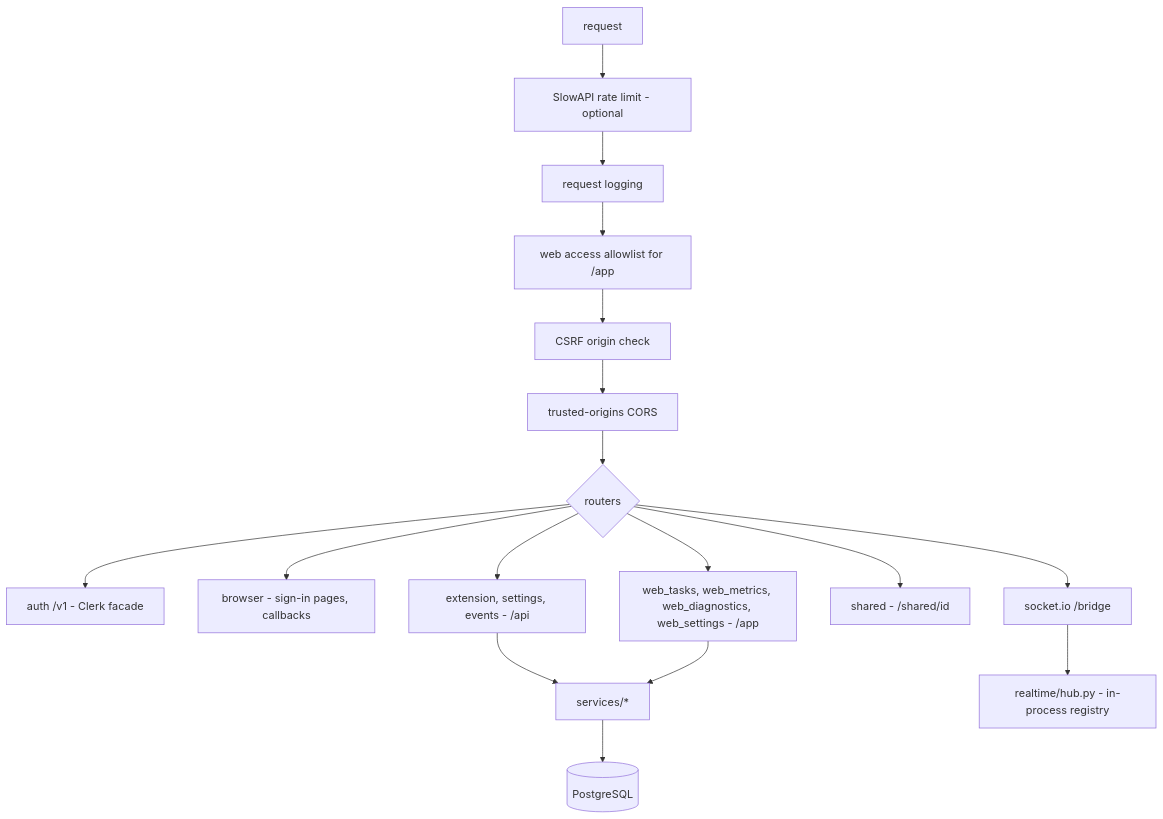
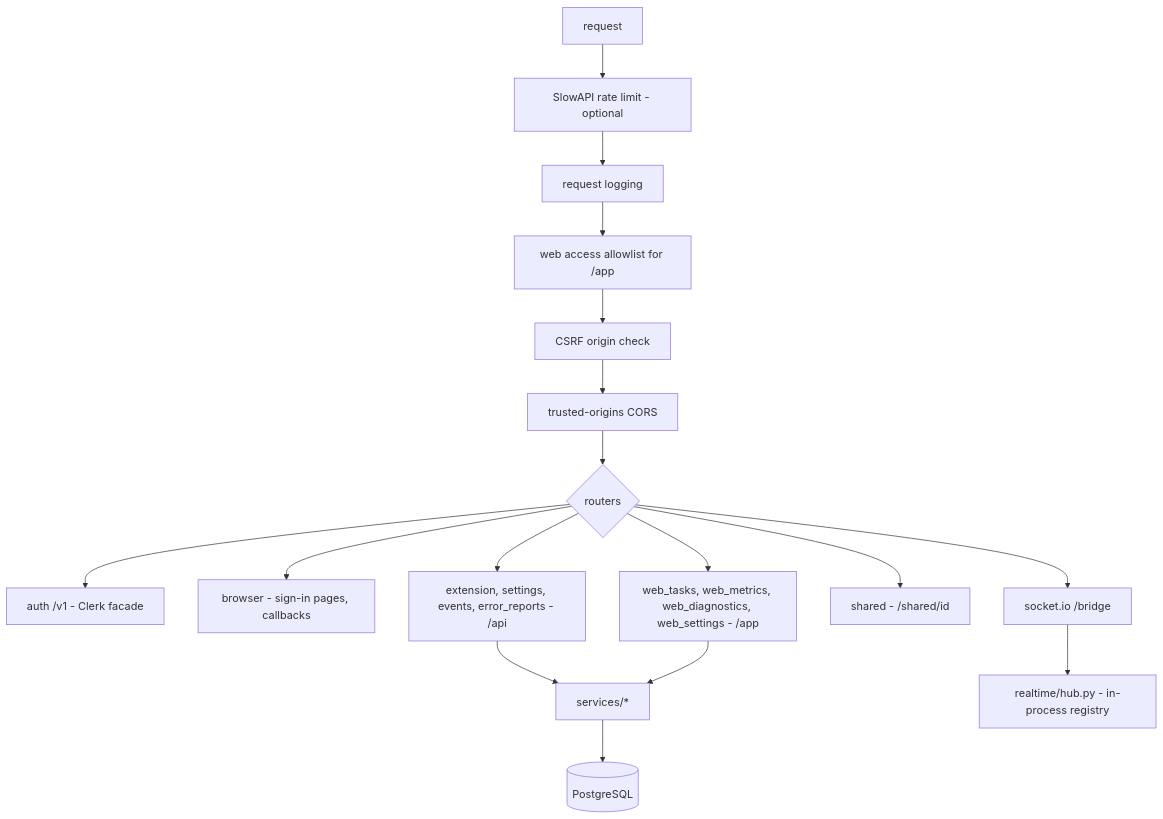
One commit to krzychdre/Tumble-Code changed the third of 4 diagrams in docs/08-cloud.md. Above: the diagram before and after it, drawn with Mermaid. The commit also changed other lines of this file and 28 other files, not shown here.

First line of the commit message:
feat(cloud): problem report from error reports (ingestion, Problems page, drill-down, Markdown export) (#758)

````diff
--- a/docs/08-cloud.md
+++ b/docs/08-cloud.md
@@ -77,19 +77,19 @@
 ```mermaid
 graph TD
   REQ[request] --> RL[SlowAPI rate limit - optional]
   RL --> LOG[request logging]
   LOG --> WEBACL[web access allowlist for /app]
   WEBACL --> CSRF[CSRF origin check]
   CSRF --> CORS[trusted-origins CORS]
   CORS --> ROUTES{routers}
   ROUTES --> R1[auth /v1 - Clerk facade]
   ROUTES --> R2[browser - sign-in pages, callbacks]
-  ROUTES --> R3[extension, settings, events - /api]
+  ROUTES --> R3[extension, settings, events, error_reports - /api]
   ROUTES --> R4[web_tasks, web_metrics, web_diagnostics, web_settings - /app]
   ROUTES --> R5[shared - /shared/id]
   ROUTES --> SIO[socket.io /bridge]
   R3 --> SVC[services/*]
   R4 --> SVC
   SIO --> HUB[realtime/hub.py - in-process registry]
   SVC --> DB[(PostgreSQL)]
 ```
````
